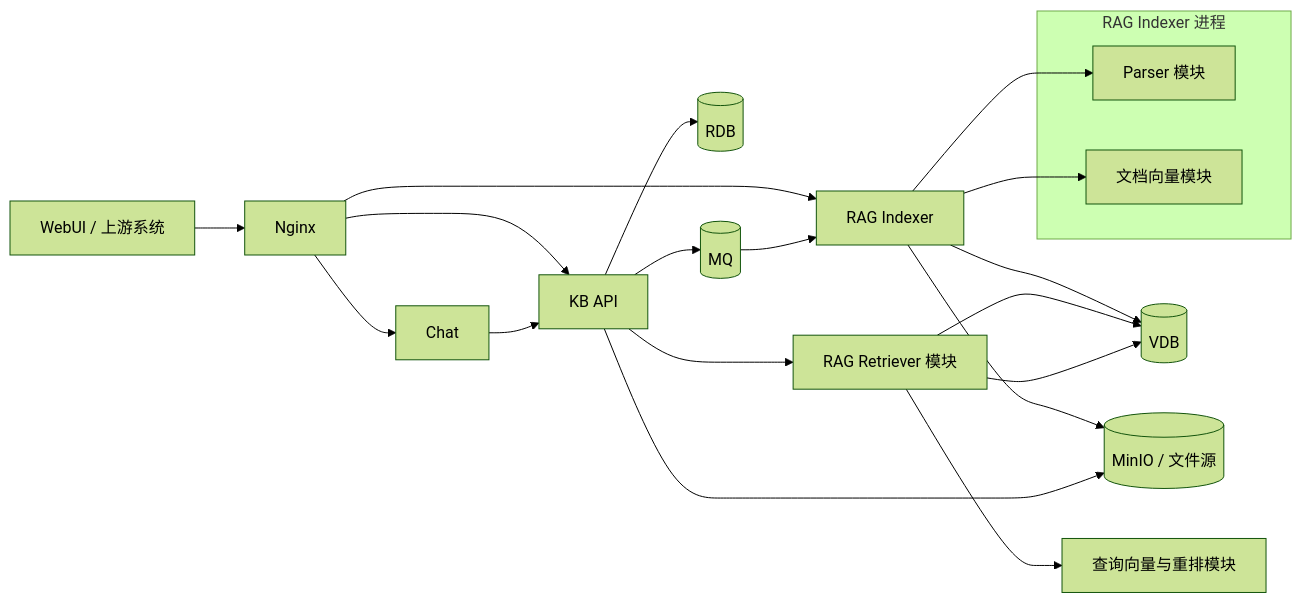
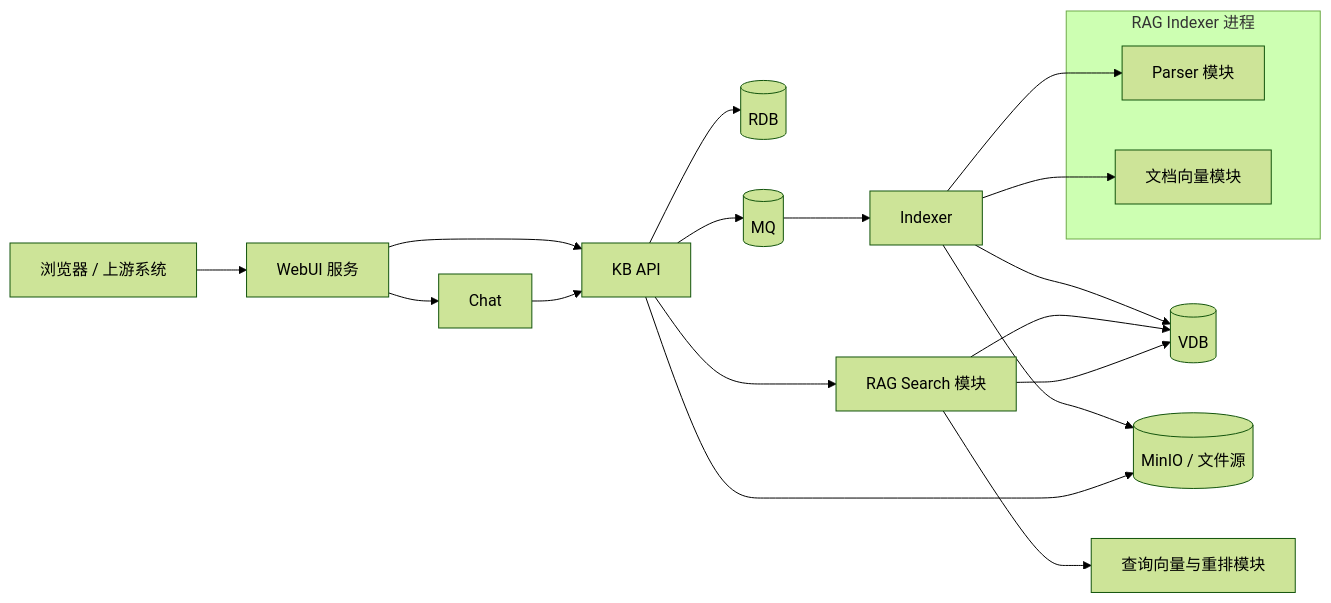
Before and after one commit to guobinqiu/kb: the first of 3 diagrams in docs/architecture.md, drawn with Mermaid (forest theme). The commit also changed other lines of this file and 155 other files, not shown here.

````diff
--- a/docs/architecture.md
+++ b/docs/architecture.md
@@ -5,27 +5,26 @@
 ```mermaid
 flowchart LR
-    Client["WebUI / 上游系统"] --> Gateway["Nginx"]
-    Gateway --> KBAPI["KB API"]
-    Gateway --> Indexer["RAG Indexer"]
-    Gateway --> Chat["Chat"]
+    Client["浏览器 / 上游系统"] --> WebUI["WebUI 服务"]
+    WebUI --> KBAPI["KB API"]
+    WebUI --> Chat["Chat"]
 
     subgraph IndexerModules["RAG Indexer 进程"]
         Parser["Parser 模块"]
         DocumentInference["文档向量模块"]
     end
 
     Indexer --> Parser
     Indexer --> DocumentInference
     Indexer --> VDB[(VDB)]
     Indexer --> Object[(MinIO / 文件源)]
 
     KBAPI --> RDB[(RDB)]
     KBAPI --> Object
     KBAPI --> MQ[(MQ)]
     MQ --> Indexer
-    KBAPI --> Retriever["RAG Retriever 模块"]
-    Retriever --> QueryInference["查询向量与重排模块"]
-    Retriever --> VDB
+    KBAPI --> Search["RAG Search 模块"]
+    Search --> QueryInference["查询向量与重排模块"]
+    Search --> VDB
     Chat --> KBAPI
-    Retriever --> VDB
+    Search --> VDB
 ```
````
